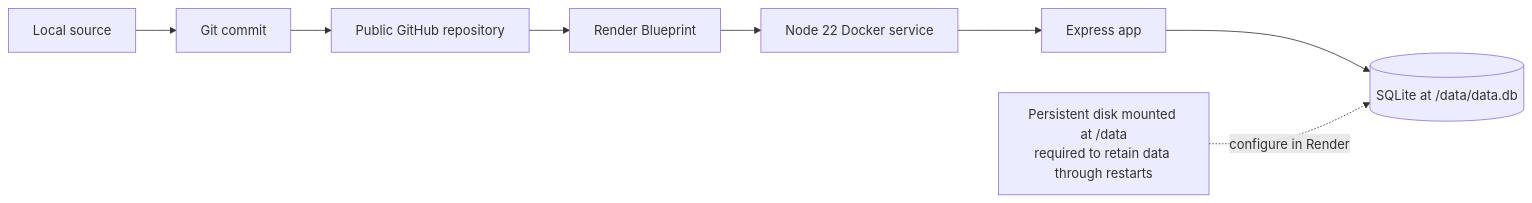
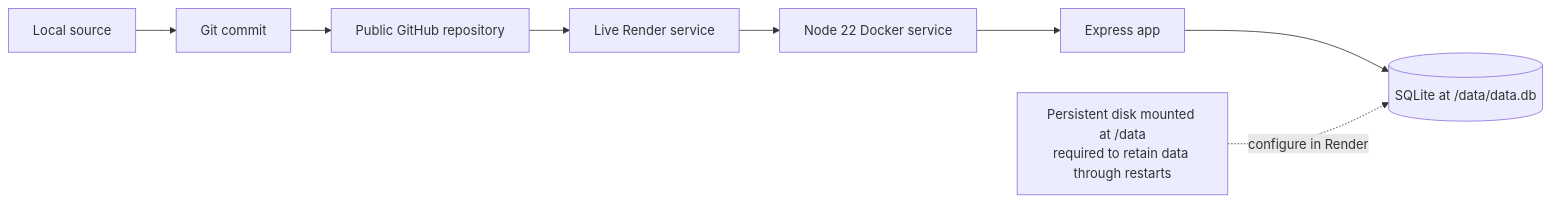
Before and after one commit to Asijain019/ajaia-docs: the third of 3 diagrams in ARCHITECTURE.md, drawn with Mermaid. The commit also changed other lines of this file and 3 other files, not shown here.

````diff
--- a/ARCHITECTURE.md
+++ b/ARCHITECTURE.md
@@ -78,11 +78,11 @@
 ```mermaid
 flowchart LR
     Dev[Local source] --> Commit[Git commit]
     Commit --> GitHub[Public GitHub repository]
-    GitHub --> Blueprint[Render Blueprint]
-    Blueprint --> Container[Node 22 Docker service]
+    GitHub --> Service[Live Render service]
+    Service --> Container[Node 22 Docker service]
     Container --> App[Express app]
     App --> Disk[(SQLite at /data/data.db)]
     Note[Persistent disk mounted at /data<br/>required to retain data through restarts]
     Note -. configure in Render .-> Disk
 ```
````
